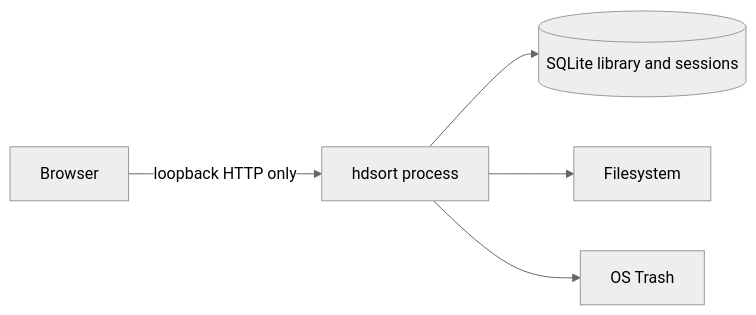
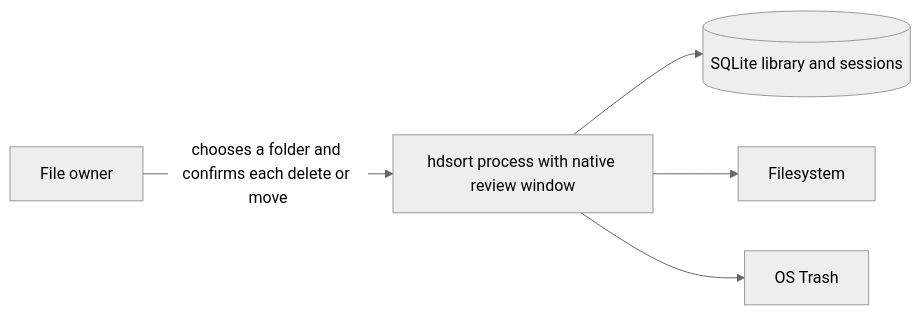
One commit to cionz0/hdsort changed the second of 8 diagrams in docs/architecture.md. Above: the diagram before and after it, drawn with Mermaid (neutral theme). The commit also changed other lines of this file and 27 other files, not shown here.

Commit message:
Open a native review window so a scan can show its progress.

````diff
--- a/docs/architecture.md
+++ b/docs/architecture.md
@@ -26,12 +26,12 @@
 ```mermaid
 flowchart LR
-  browser[Browser]
-  process[hdsort process]
+  owner[File owner]
+  process["hdsort process with native review window"]
   sqlite[(SQLite library and sessions)]
   disk[Filesystem]
   trash[OS Trash]
-  browser -->|loopback HTTP only| process
+  owner -->|chooses a folder and confirms each delete or move| process
   process --> sqlite
   process --> disk
   process --> trash
 ```
````
